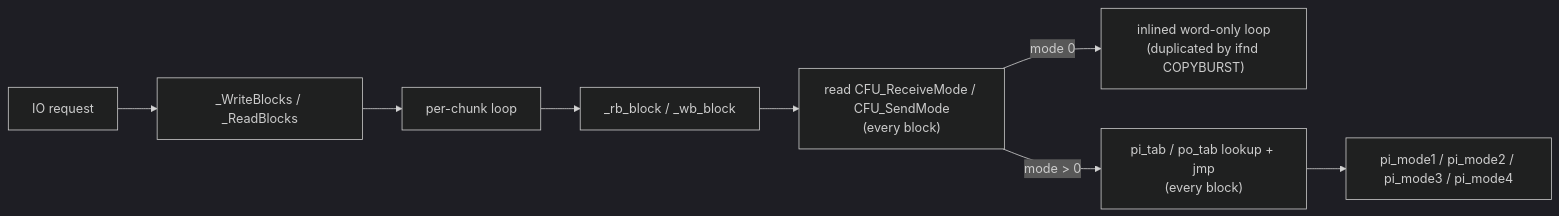
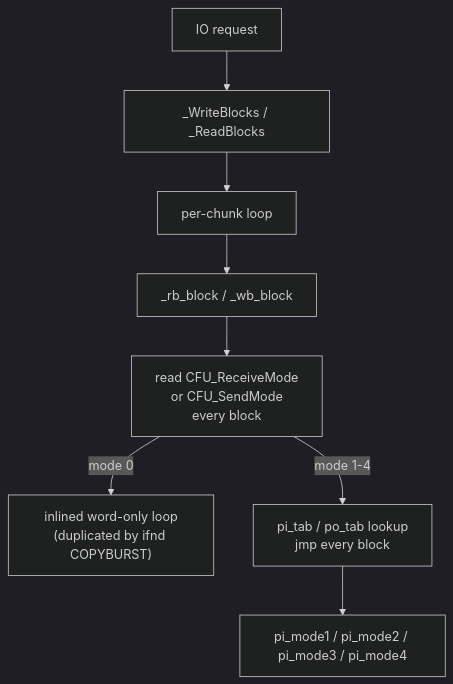
The third of 5 diagrams in README.md (pulchart/cfd), drawn with Mermaid (dark theme) before and after one commit. The commit also changed other lines of this file and 8 other files, not shown here.

Commit message:
docs: parse mermaid to ascii

````diff
--- a/README.md
+++ b/README.md
@@ -485,10 +488,10 @@
 ```mermaid
-flowchart LR
+flowchart TD
     Req["IO request"] --> WB["_WriteBlocks / _ReadBlocks"]
     WB --> Chunk["per-chunk loop"]
     Chunk --> Block["_rb_block / _wb_block"]
-    Block --> Mode["read CFU_ReceiveMode / CFU_SendMode<br/>(every block)"]
-    Mode -->|"mode 0"| Inline["inlined word-only loop<br/>(duplicated by ifnd COPYBURST)"]
-    Mode -->|"mode > 0"| Tbl["pi_tab / po_tab lookup + jmp<br/>(every block)"]
+    Block --> Mode["read CFU_ReceiveMode<br/>or CFU_SendMode<br/>every block"]
+    Mode -->|mode 0| Inline["inlined word-only loop<br/>(duplicated by ifnd COPYBURST)"]
+    Mode -->|mode 1-4| Tbl["pi_tab / po_tab lookup<br/>jmp every block"]
     Tbl --> Workers["pi_mode1 / pi_mode2 / pi_mode3 / pi_mode4"]
 ```
````
